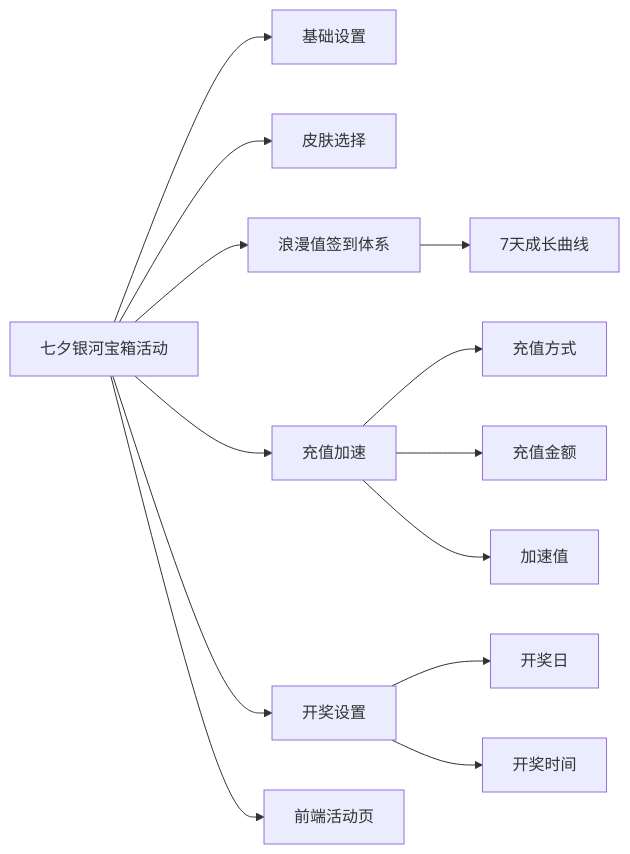
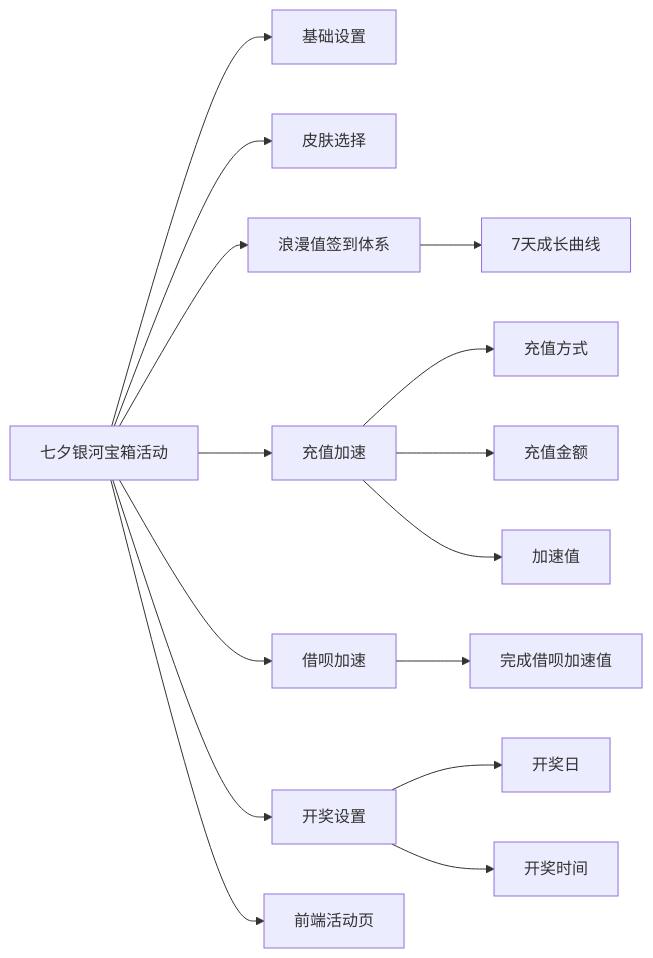
One commit to bala-luoluo/M3 changed the sixth of 6 diagrams in PRD_qixi_galaxy_box_activity_2026-07-31.md. Above: the diagram before and after it, drawn with Mermaid. The commit also changed other lines of this file and 1 other file, not shown here.

````diff
--- a/PRD_qixi_galaxy_box_activity_2026-07-31.md
+++ b/PRD_qixi_galaxy_box_activity_2026-07-31.md
@@ -229,16 +257,18 @@
 ```mermaid
 flowchart LR
     A[七夕银河宝箱活动] --> B[基础设置]
     A --> C[皮肤选择]
     A --> D[浪漫值签到体系]
     A --> E[充值加速]
-    A --> F[开奖设置]
-    A --> G[前端活动页]
+    A --> F[借呗加速]
+    A --> G[开奖设置]
+    A --> H[前端活动页]
 
     D --> D1[7天成长曲线]
     E --> E1[充值方式]
     E --> E2[充值金额]
     E --> E3[加速值]
-    F --> F1[开奖日]
-    F --> F2[开奖时间]
+    F --> F1[完成借呗加速值]
+    G --> G1[开奖日]
+    G --> G2[开奖时间]
 ```
````
